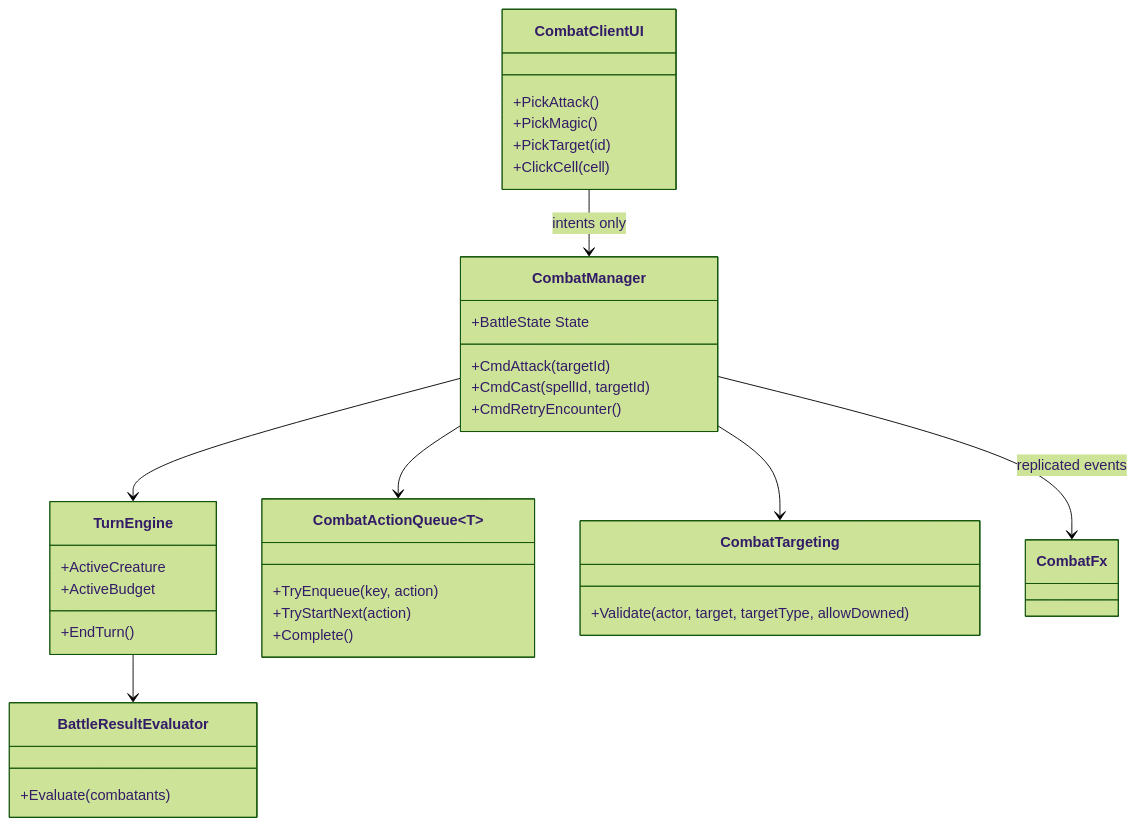
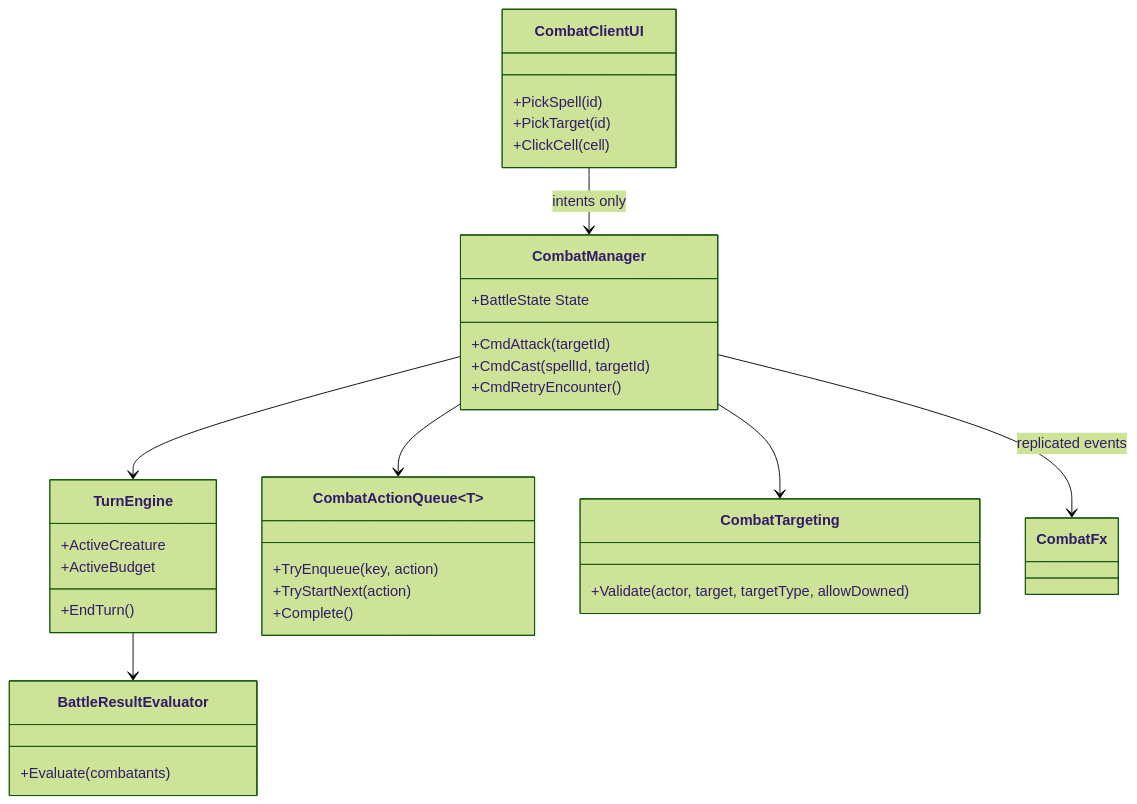
Before and after one commit to mvisanu/poolofradiance: the first of 3 diagrams in docs/combat-system.md, drawn with Mermaid (forest theme). The commit also changed other lines of this file and 9 other files, not shown here.

````diff
--- a/docs/combat-system.md
+++ b/docs/combat-system.md
@@ -23,38 +23,37 @@
 ```mermaid
 classDiagram
     class CombatManager {
       +BattleState State
       +CmdAttack(targetId)
       +CmdCast(spellId, targetId)
       +CmdRetryEncounter()
     }
     class TurnEngine {
       +ActiveCreature
       +ActiveBudget
       +EndTurn()
     }
     class CombatActionQueue~T~ {
       +TryEnqueue(key, action)
       +TryStartNext(action)
       +Complete()
     }
     class CombatTargeting {
       +Validate(actor, target, targetType, allowDowned)
     }
     class BattleResultEvaluator {
       +Evaluate(combatants)
     }
     class CombatClientUI {
-      +PickAttack()
-      +PickMagic()
+      +PickSpell(id)
       +PickTarget(id)
       +ClickCell(cell)
     }
     class CombatFx
     CombatManager --> TurnEngine
     CombatManager --> CombatActionQueue
     CombatManager --> CombatTargeting
     TurnEngine --> BattleResultEvaluator
     CombatClientUI --> CombatManager : intents only
     CombatManager --> CombatFx : replicated events
 ```
````
